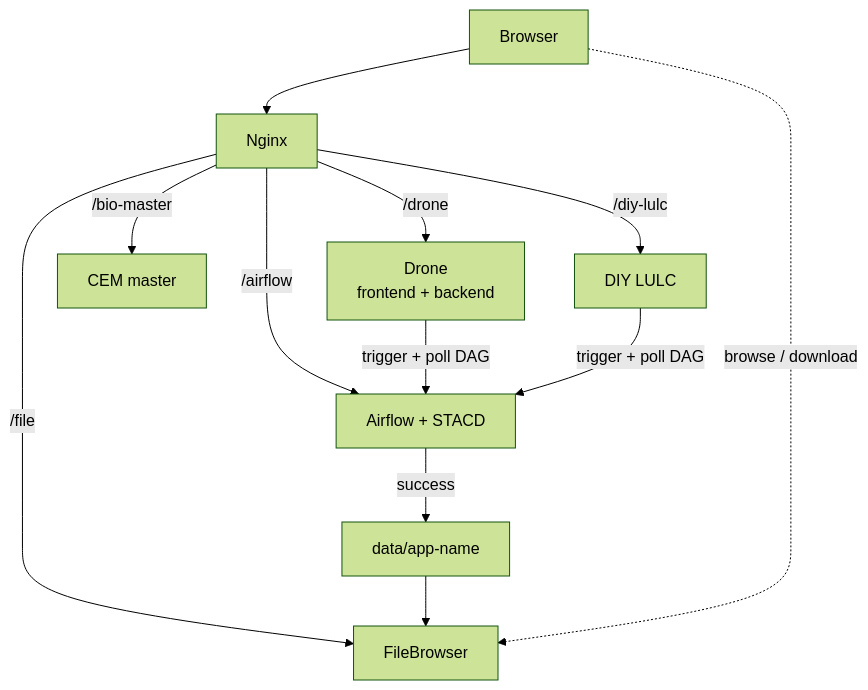
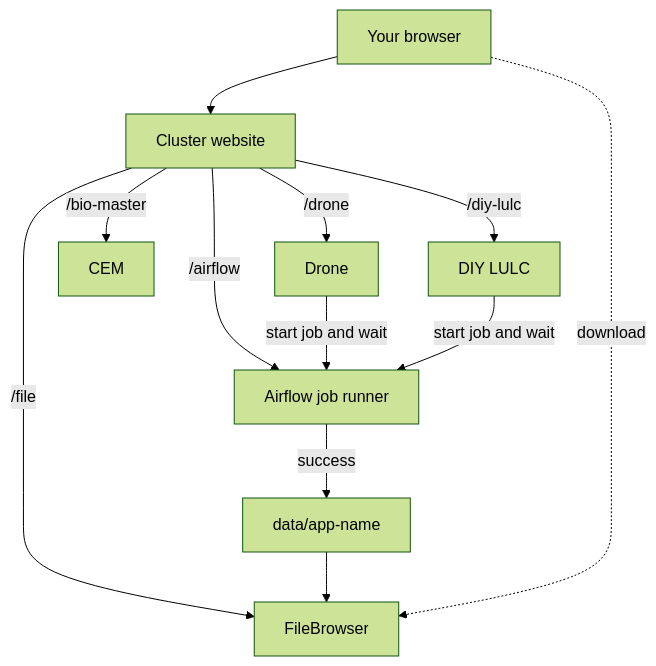
The first of 2 diagrams in docs/infra/tower-services/deployed-architecture.md (core-stack-org/core-stack-docs), drawn with Mermaid (forest theme) before and after one commit. The commit also changed other lines of this file and 11 other files, not shown here.

First line of the commit message:
Document Tower Services as a shared deploy cluster and simplify Docker/Airflow how-tos.

````diff
--- a/docs/infra/tower-services/deployed-architecture.md
+++ b/docs/infra/tower-services/deployed-architecture.md
@@ -14,14 +36,14 @@
 ```mermaid
 flowchart TB
-  Browser[Browser] --> Nginx[Nginx]
-  Nginx -->|"/drone"| Drone["Drone<br/>frontend + backend"]
-  Nginx -->|"/airflow"| Airflow[Airflow + STACD]
-  Nginx -->|"/bio-master"| BioMaster[CEM master]
+  Browser[Your browser] --> Nginx[Cluster website]
+  Nginx -->|"/drone"| Drone[Drone]
+  Nginx -->|"/airflow"| Airflow[Airflow job runner]
+  Nginx -->|"/bio-master"| BioMaster[CEM]
   Nginx -->|"/diy-lulc"| Lulc[DIY LULC]
   Nginx -->|"/file"| FB[FileBrowser]
-  Drone -->|"trigger + poll DAG"| Airflow
-  Lulc -->|"trigger + poll DAG"| Airflow
+  Drone -->|"start job and wait"| Airflow
+  Lulc -->|"start job and wait"| Airflow
   Airflow -->|success| Data["data/app-name"]
   Data --> FB
-  Browser -.->|browse / download| FB
+  Browser -.->|download| FB
 ```
````
